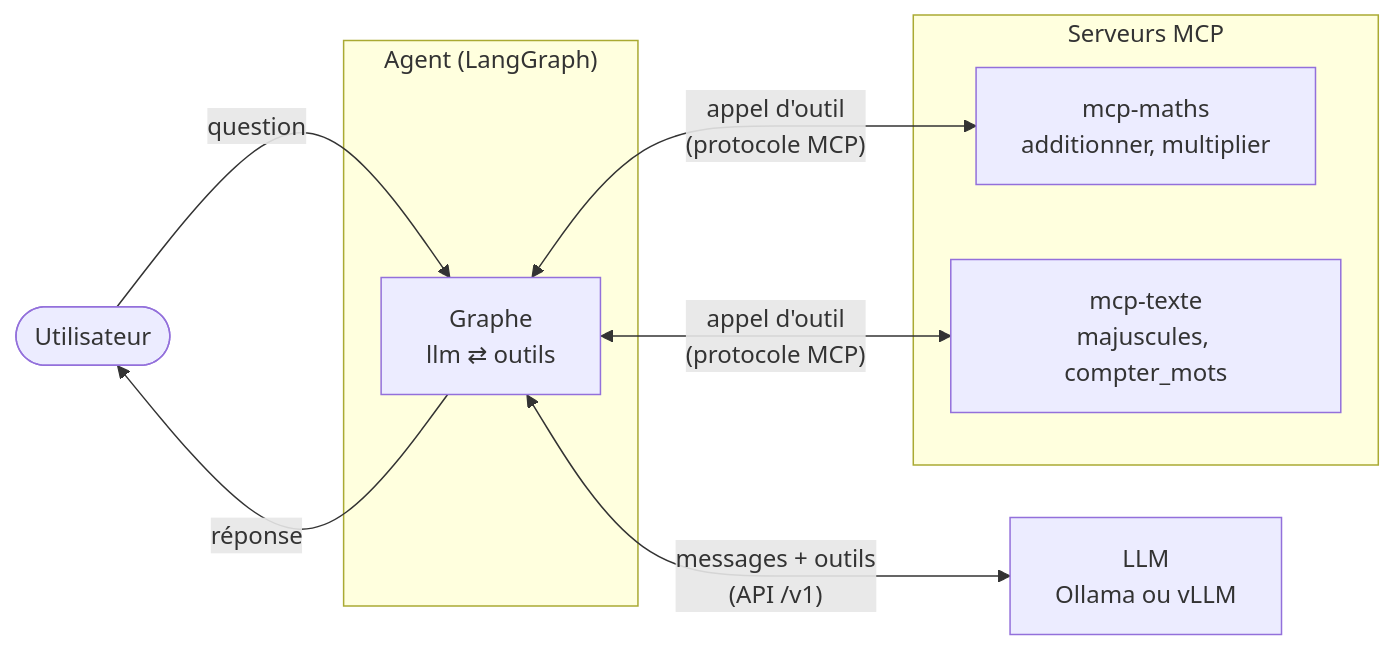
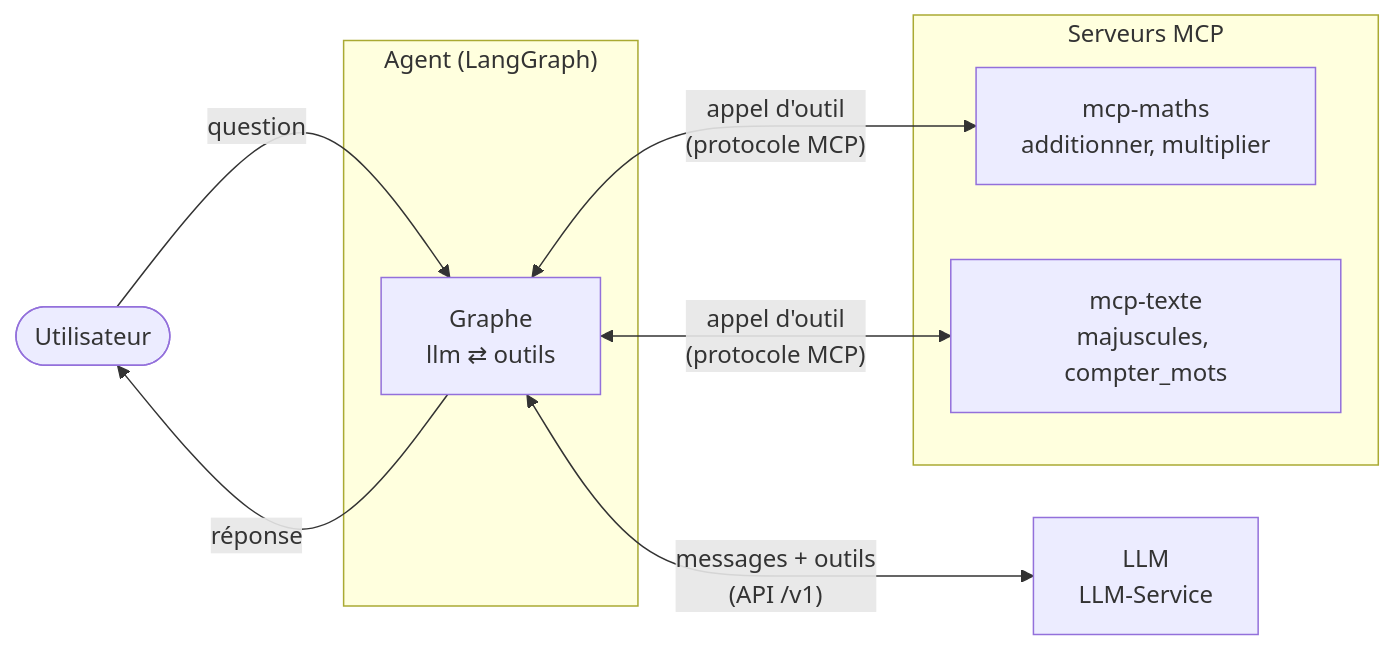
The first of 2 diagrams in docs/01-principe.md (floSa/MCP-Agent-Test-Bench), drawn with Mermaid before and after one commit. The commit also changed other lines of this file and 2 other files, not shown here.

Commit message:
Documentation : LLM central LLM-Service (adresse, modèle chat, clé, port agent 8090)

````diff
--- a/docs/01-principe.md
+++ b/docs/01-principe.md
@@ -16,18 +16,18 @@
 ```mermaid
 flowchart LR
     user(["Utilisateur"])
     subgraph agent_box["Agent (LangGraph)"]
         graphe["Graphe<br/>llm ⇄ outils"]
     end
-    llm["LLM<br/>Ollama ou vLLM"]
+    llm["LLM<br/>LLM-Service"]
     subgraph mcp["Serveurs MCP"]
         maths["mcp-maths<br/>additionner, multiplier"]
         texte["mcp-texte<br/>majuscules, compter_mots"]
     end
 
     user -->|question| graphe
     graphe <-->|"messages + outils<br/>(API /v1)"| llm
     graphe <-->|"appel d'outil<br/>(protocole MCP)"| maths
     graphe <-->|"appel d'outil<br/>(protocole MCP)"| texte
     graphe -->|réponse| user
 ```
````
